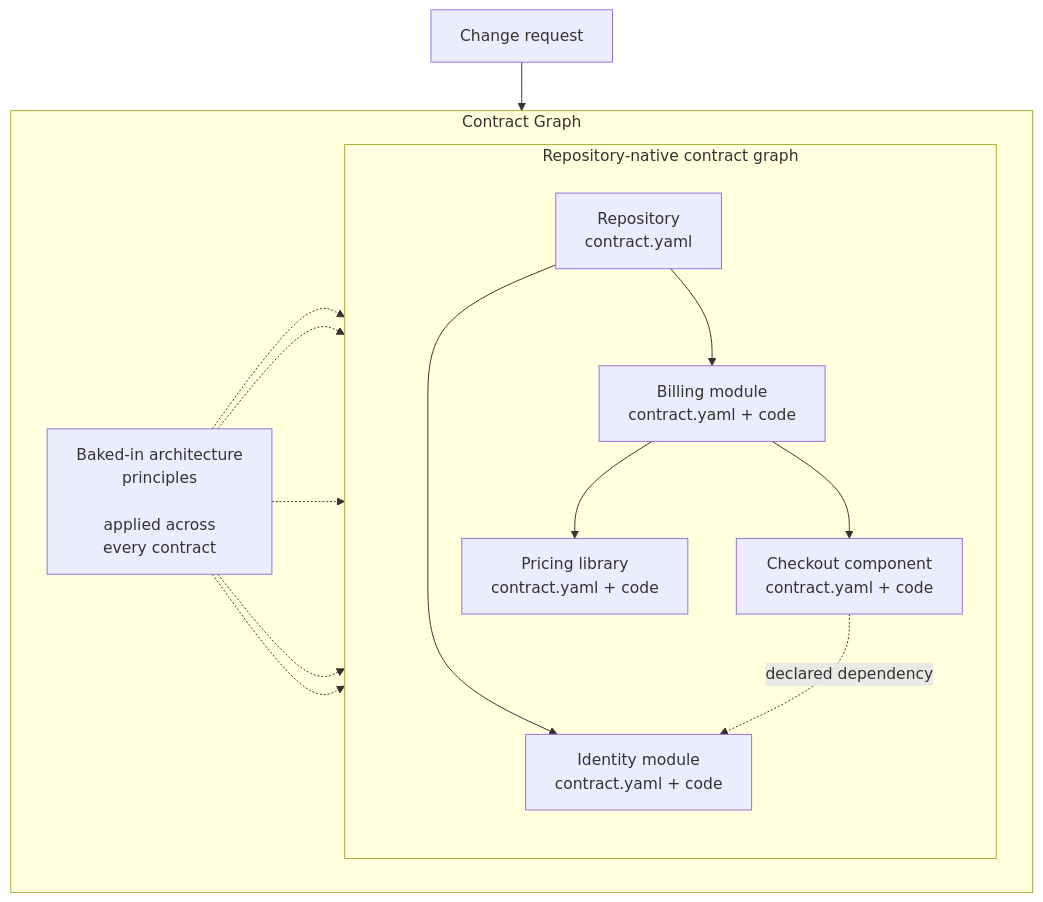
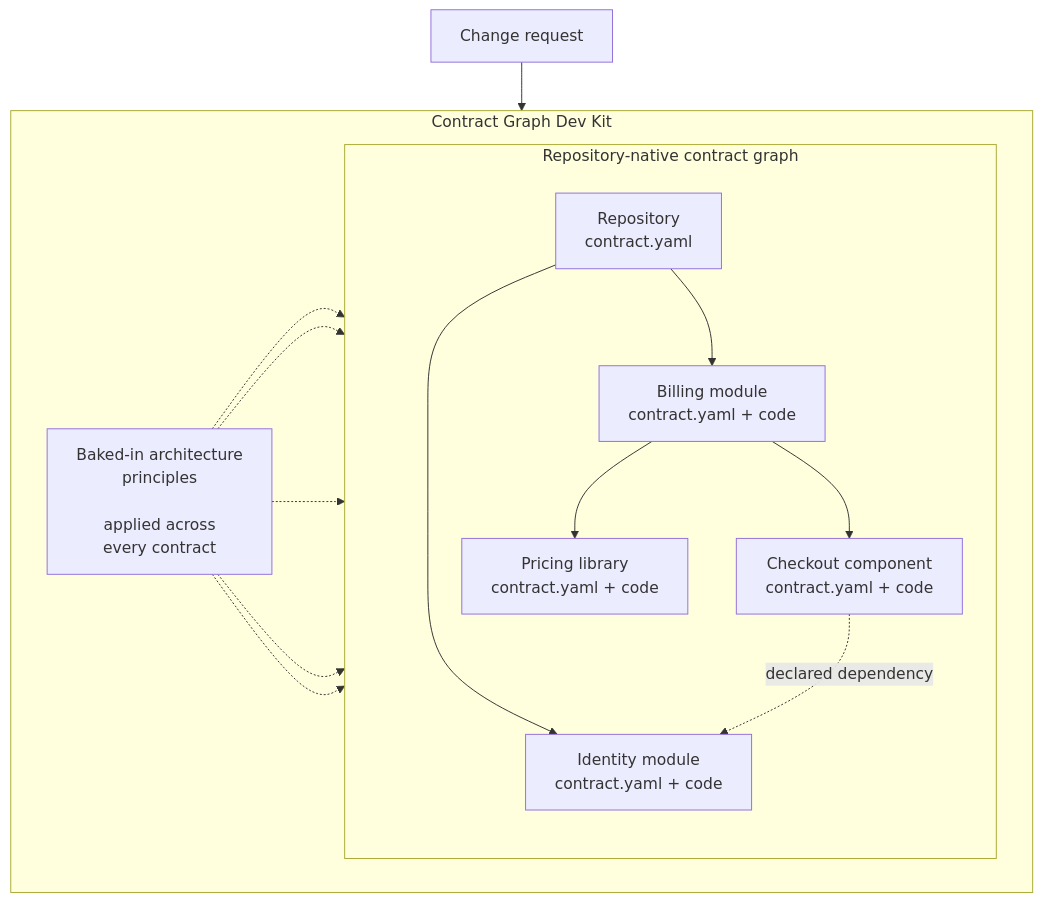
One commit to sarada-io/contract-graph changed the diagram in README.md. Above: the diagram before and after it, drawn with Mermaid. The commit also changed other lines of this file and 137 other files, not shown here.

````diff
--- a/README.md
+++ b/README.md
@@ -23,23 +27,23 @@
 ```mermaid
 flowchart TB
   T["Change request"]
-  subgraph CG["Contract Graph"]
+  subgraph CG["Contract Graph Dev Kit"]
     direction LR
     P["Baked-in architecture<br/>principles<br/><br/>applied across<br/>every contract"]
     subgraph G["Repository-native contract graph"]
       direction TD
       R["Repository<br/>contract.yaml"]
       R --> B["Billing module<br/>contract.yaml + code"]
       R --> I["Identity module<br/>contract.yaml + code"]
       B --> C["Checkout component<br/>contract.yaml + code"]
       B --> L["Pricing library<br/>contract.yaml + code"]
       C -. "declared dependency" .-> I
     end
   end
   T --> R
   P -.-> R
   P -.-> B
   P -.-> I
   P -.-> C
   P -.-> L
 ```
````
